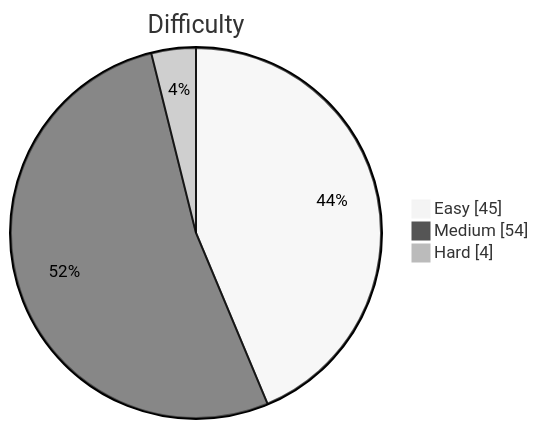
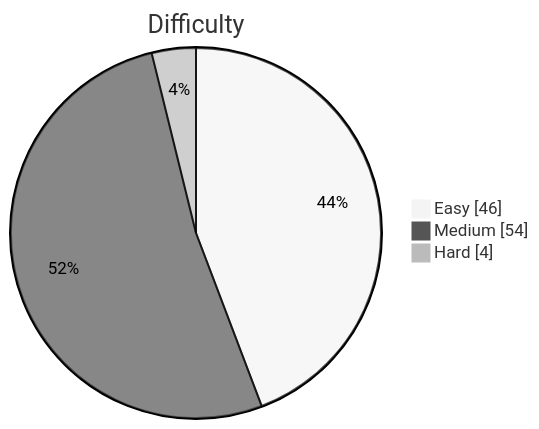
Before and after one commit to kevstevie/python-algo-practice: the diagram in README.md, drawn with Mermaid (neutral theme). The commit also changed other lines of this file, not shown here.

````diff
--- a/README.md
+++ b/README.md
@@ -13,7 +13,7 @@
 ```mermaid
 pie showData
     title Difficulty
-    "Easy"   : 45
+    "Easy"   : 46
     "Medium" : 54
     "Hard"   : 4
 ```
````
